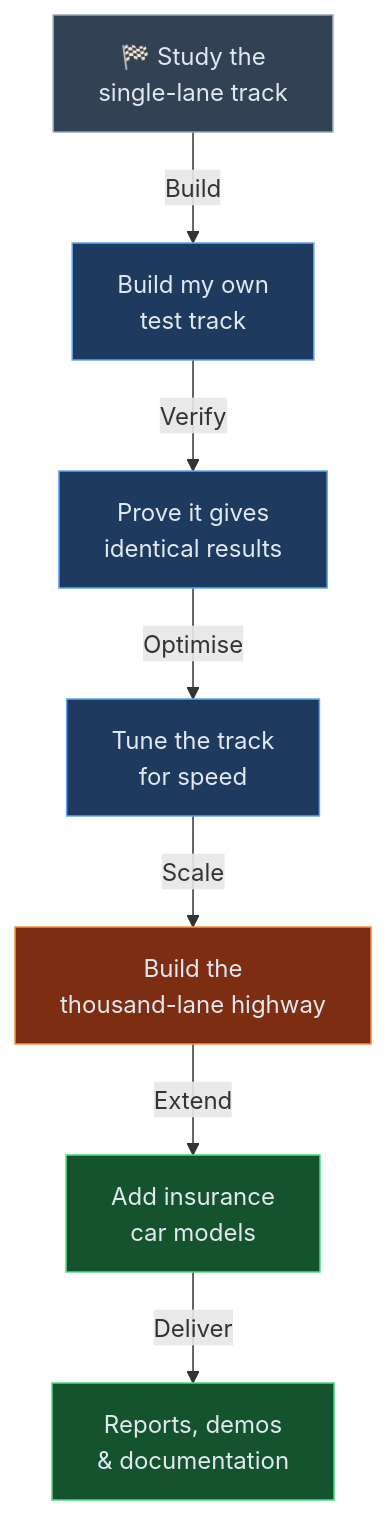
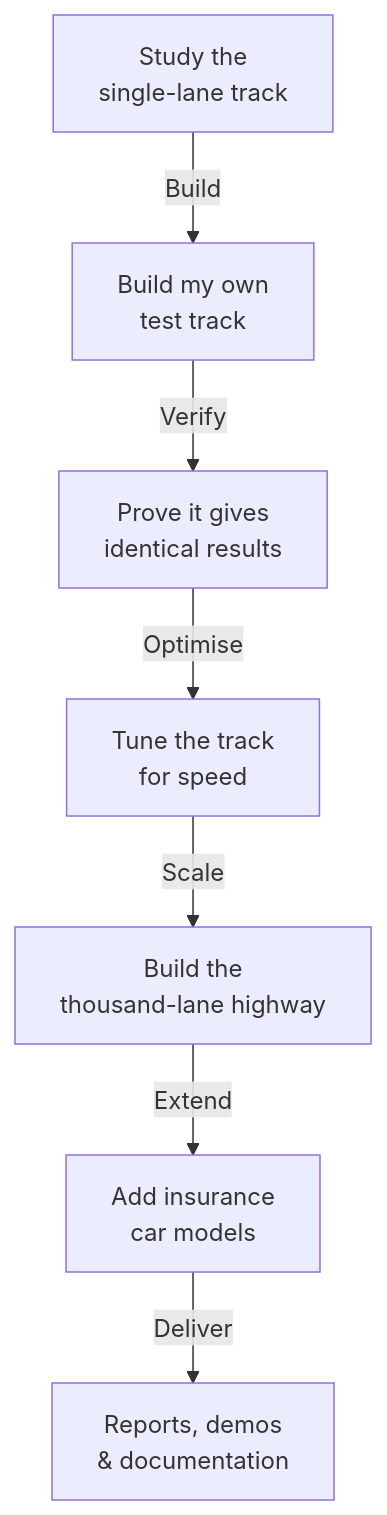
The diagram in docs/hackathon/index.md (FransVanEk/Actus-Insurance.Documentation), drawn with Mermaid before and after one commit. The commit also changed 5 other files, not shown here.

Commit message:
Enhance Mermaid diagram styling and integrate global class definitions for consistent theming across diagrams

````diff
--- a/docs/hackathon/index.md
+++ b/docs/hackathon/index.md
@@ -42,17 +42,14 @@
 ```mermaid
 graph TD
-    A["🏁 Study the<br/>single-lane track"] -->|Build| B["Build my own<br/>test track"]
+    A["Study the<br/>single-lane track"] -->|Build| B["Build my own<br/>test track"]
     B -->|Verify| C["Prove it gives<br/>identical results"]
     C -->|Optimise| D["Tune the track<br/>for speed"]
     D -->|Scale| E["Build the<br/>thousand-lane highway"]
     E -->|Extend| F["Add insurance<br/>car models"]
     F -->|Deliver| G["Reports, demos<br/>& documentation"]
 
-    style A fill:#334155,stroke:#94a3b8,color:#e2e8f0
-    style B fill:#1e3a5f,stroke:#60a5fa,color:#e2e8f0
-    style C fill:#1e3a5f,stroke:#60a5fa,color:#e2e8f0
-    style D fill:#1e3a5f,stroke:#60a5fa,color:#e2e8f0
-    style E fill:#7c2d12,stroke:#fb923c,color:#e2e8f0
-    style F fill:#14532d,stroke:#4ade80,color:#e2e8f0
-    style G fill:#14532d,stroke:#4ade80,color:#e2e8f0
+    class A nodeNeutral
+    class B,C,D nodeNavy
+    class E nodeAmber
+    class F,G nodeSuccess
 ```
````
